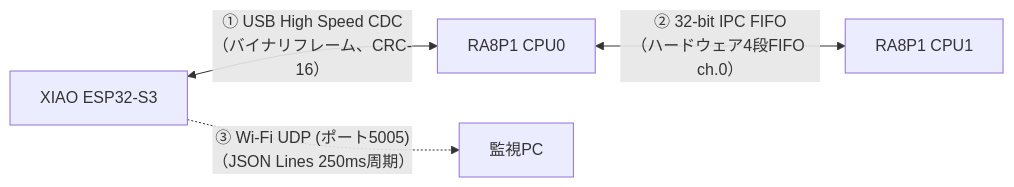
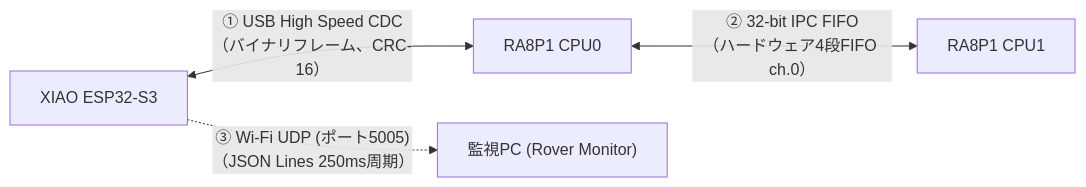
One commit to horned128/sound-exploration-rover changed the first of 3 diagrams in docs/textbook/05_interprocessor_communication.md. Above: the diagram before and after it, drawn with Mermaid. The commit also changed other lines of this file and 20 other files, not shown here.

````diff
--- a/docs/textbook/05_interprocessor_communication.md
+++ b/docs/textbook/05_interprocessor_communication.md
@@ -11,6 +11,6 @@
 ```mermaid
 flowchart LR
     ESP["XIAO ESP32-S3"] <-->|"① USB High Speed CDC<br/>（バイナリフレーム、CRC-16）"| C0["RA8P1 CPU0"]
     C0 <-->|"② 32-bit IPC FIFO<br/>（ハードウェア4段FIFO ch.0）"| C1["RA8P1 CPU1"]
-    ESP -.->|"③ Wi-Fi UDP (ポート5005)<br/>（JSON Lines 250ms周期）"| PC["監視PC"]
+    ESP -.->|"③ Wi-Fi UDP (ポート5005)<br/>（JSON Lines 250ms周期）"| PC["監視PC (Rover Monitor)"]
 ```
````
